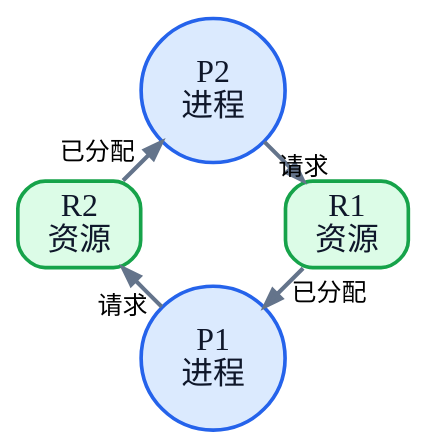
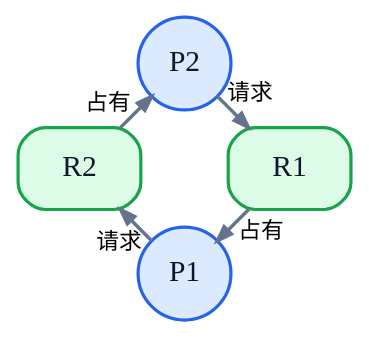
The diagram in 01_综合知识/01_计算机基础知识/02_操作系统/死锁与银行家算法.md (74262195/system-architect-notes), drawn with Graphviz before and after one commit.

Commit message:
精简死锁资源分配图

````diff
--- a/01_综合知识/01_计算机基础知识/02_操作系统/死锁与银行家算法.md
+++ b/01_综合知识/01_计算机基础知识/02_操作系统/死锁与银行家算法.md
@@ -93,17 +93,17 @@
 ```dot
 digraph ResourceAllocationGraph {
-  graph [layout=circo, bgcolor="transparent", pad=0.3, nodesep=0.5, overlap=false]
-  node [fontname="PingFang SC", fontsize=14, style="filled", penwidth=1.6, color="#334155", fontcolor="#0F172A"]
-  edge [fontname="PingFang SC", fontsize=11, color="#64748B", penwidth=1.8, arrowsize=0.75]
+  graph [layout=circo, bgcolor="transparent", pad=0.15, nodesep=0.3, overlap=false]
+  node [fontname="PingFang SC", fontsize=13, style="filled", penwidth=1.4, color="#334155", fontcolor="#0F172A"]
+  edge [fontname="PingFang SC", fontsize=10, color="#64748B", penwidth=1.5, arrowsize=0.65]
 
-  P1 [label="P1\n进程", shape=circle, fillcolor="#DBEAFE", color="#2563EB"]
-  P2 [label="P2\n进程", shape=circle, fillcolor="#DBEAFE", color="#2563EB"]
-  R1 [label="R1\n资源", shape=box, style="rounded,filled", fillcolor="#DCFCE7", color="#16A34A"]
-  R2 [label="R2\n资源", shape=box, style="rounded,filled", fillcolor="#DCFCE7", color="#16A34A"]
+  P1 [label="P1", shape=circle, fillcolor="#DBEAFE", color="#2563EB"]
+  P2 [label="P2", shape=circle, fillcolor="#DBEAFE", color="#2563EB"]
+  R1 [label="R1", shape=box, style="rounded,filled", fillcolor="#DCFCE7", color="#16A34A"]
+  R2 [label="R2", shape=box, style="rounded,filled", fillcolor="#DCFCE7", color="#16A34A"]
 
   P1 -> R2 [label="请求"]
-  R2 -> P2 [label="已分配"]
+  R2 -> P2 [label="占有"]
   P2 -> R1 [label="请求"]
-  R1 -> P1 [label="已分配"]
+  R1 -> P1 [label="占有"]
 }
 ```
````
